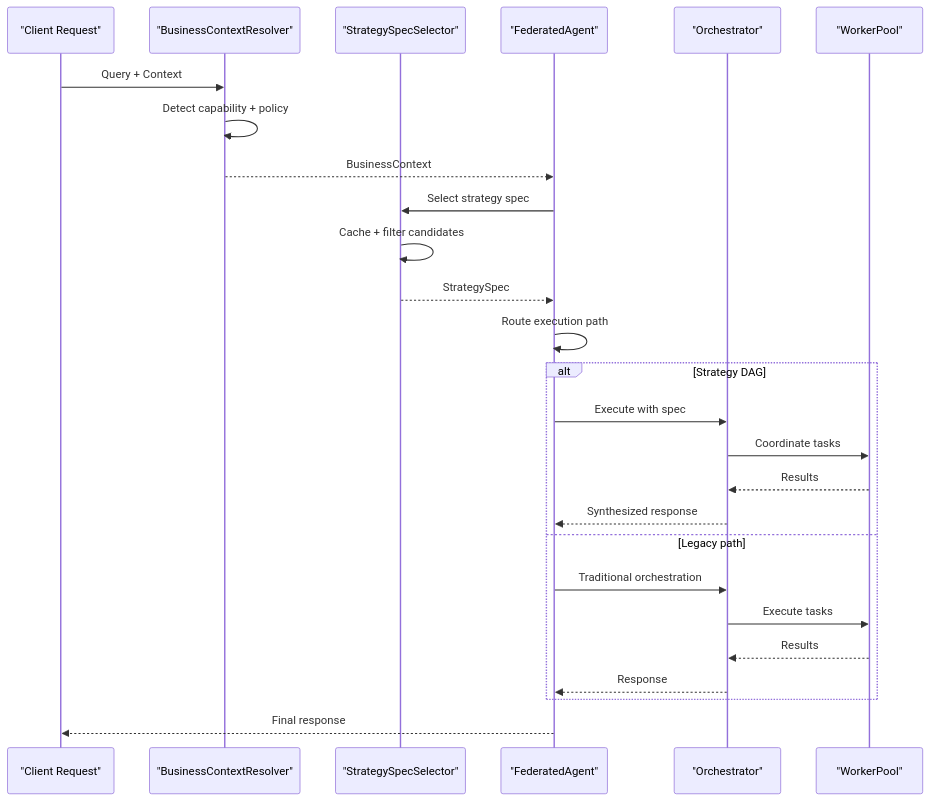
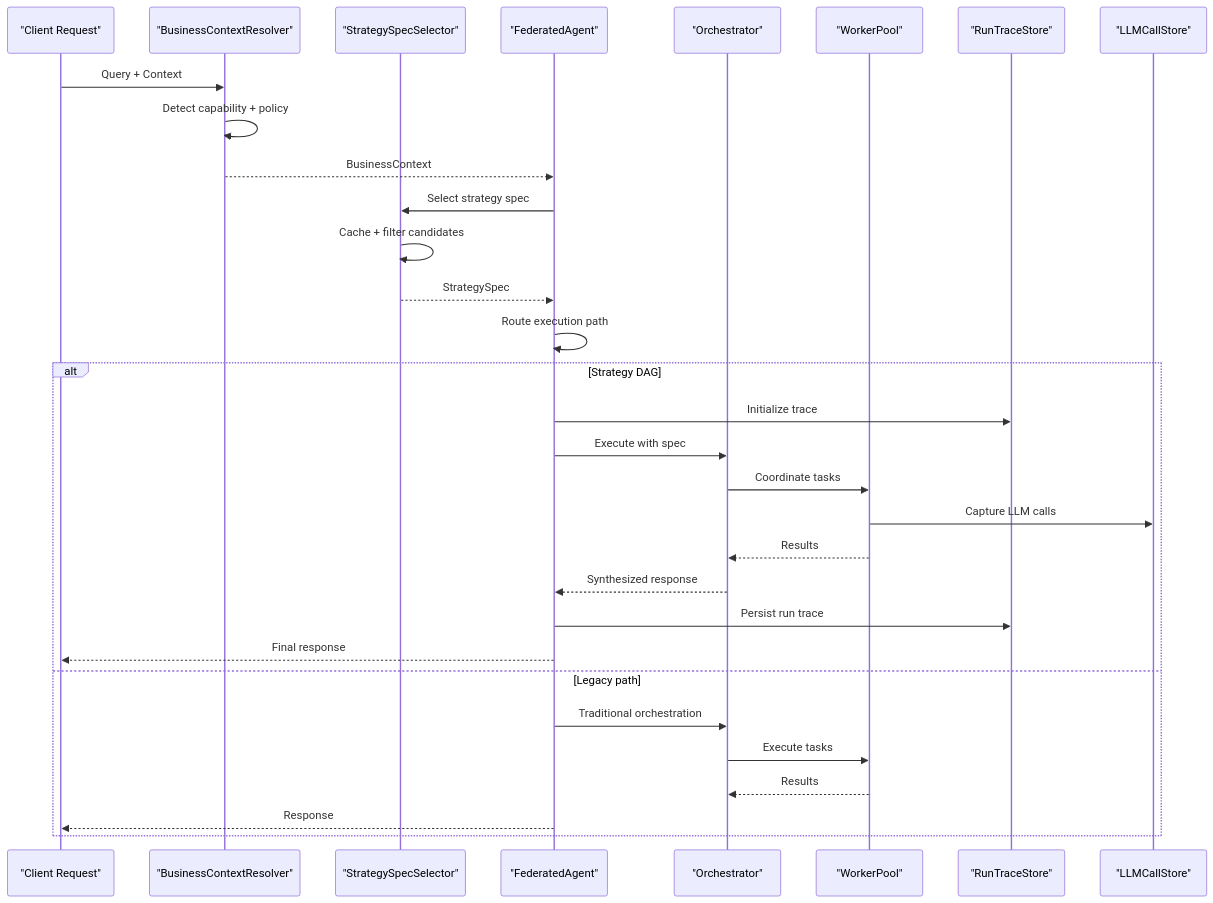
One commit to emanuelplopu/MongoDB-RAG-Agent changed the second of 7 diagrams in .qoder/repowiki/en/content/Core Features/Strategy Operating System.md. Above: the diagram before and after it, drawn with Mermaid. The commit also changed other lines of this file and 1 other file, not shown here.

````diff
--- a/.qoder/repowiki/en/content/Core Features/Strategy Operating System.md
+++ b/.qoder/repowiki/en/content/Core Features/Strategy Operating System.md
@@ -135,28 +172,33 @@
 ```mermaid
 sequenceDiagram
 participant Client as "Client Request"
 participant Resolver as "BusinessContextResolver"
 participant Selector as "StrategySpecSelector"
 participant Coordinator as "FederatedAgent"
 participant Orchestrator as "Orchestrator"
 participant WorkerPool as "WorkerPool"
+participant RunStore as "RunTraceStore"
+participant LLMStore as "LLMCallStore"
 Client->>Resolver : Query + Context
 Resolver->>Resolver : Detect capability + policy
 Resolver-->>Coordinator : BusinessContext
 Coordinator->>Selector : Select strategy spec
 Selector->>Selector : Cache + filter candidates
 Selector-->>Coordinator : StrategySpec
 Coordinator->>Coordinator : Route execution path
 alt Strategy DAG
+Coordinator->>RunStore : Initialize trace
 Coordinator->>Orchestrator : Execute with spec
 Orchestrator->>WorkerPool : Coordinate tasks
+WorkerPool->>LLMStore : Capture LLM calls
 WorkerPool-->>Orchestrator : Results
 Orchestrator-->>Coordinator : Synthesized response
+Coordinator->>RunStore : Persist run trace
+Coordinator-->>Client : Final response
 else Legacy path
 Coordinator->>Orchestrator : Traditional orchestration
 Orchestrator->>WorkerPool : Execute tasks
 WorkerPool-->>Orchestrator : Results
-Orchestrator-->>Coordinator : Response
+Coordinator-->>Client : Response
 end
-Coordinator-->>Client : Final response
 ```
````
